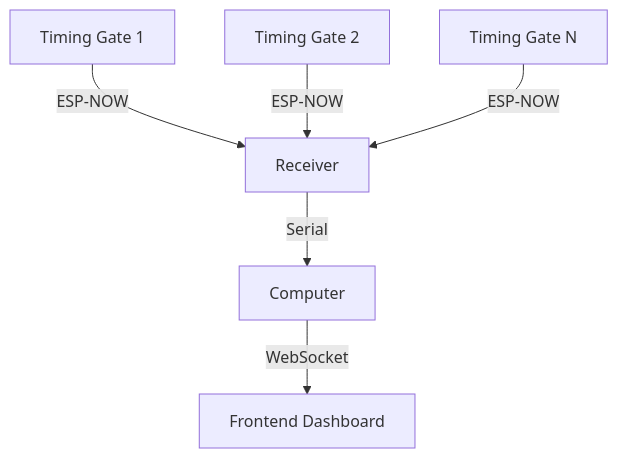
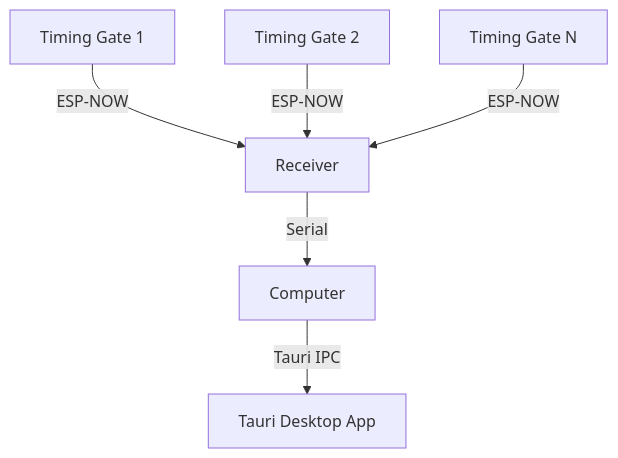
One commit to miguel-antoons/feb_timing_gates changed the diagram in documentation/PROJECT_OVERVIEW.md. Above: the diagram before and after it, drawn with Mermaid. The commit also changed other lines of this file and 5 other files, not shown here.

````diff
--- a/documentation/PROJECT_OVERVIEW.md
+++ b/documentation/PROJECT_OVERVIEW.md
@@ -11,8 +11,8 @@
 ```mermaid
 flowchart TD
     A[Timing Gate 1] -->|ESP-NOW| D[Receiver]
     B[Timing Gate 2] -->|ESP-NOW| D
     C[Timing Gate N] -->|ESP-NOW| D
     D -->|Serial| E[Computer]
-    E -->|WebSocket| F[Frontend Dashboard]
+    E -->|Tauri IPC| F[Tauri Desktop App]
 ```
````
